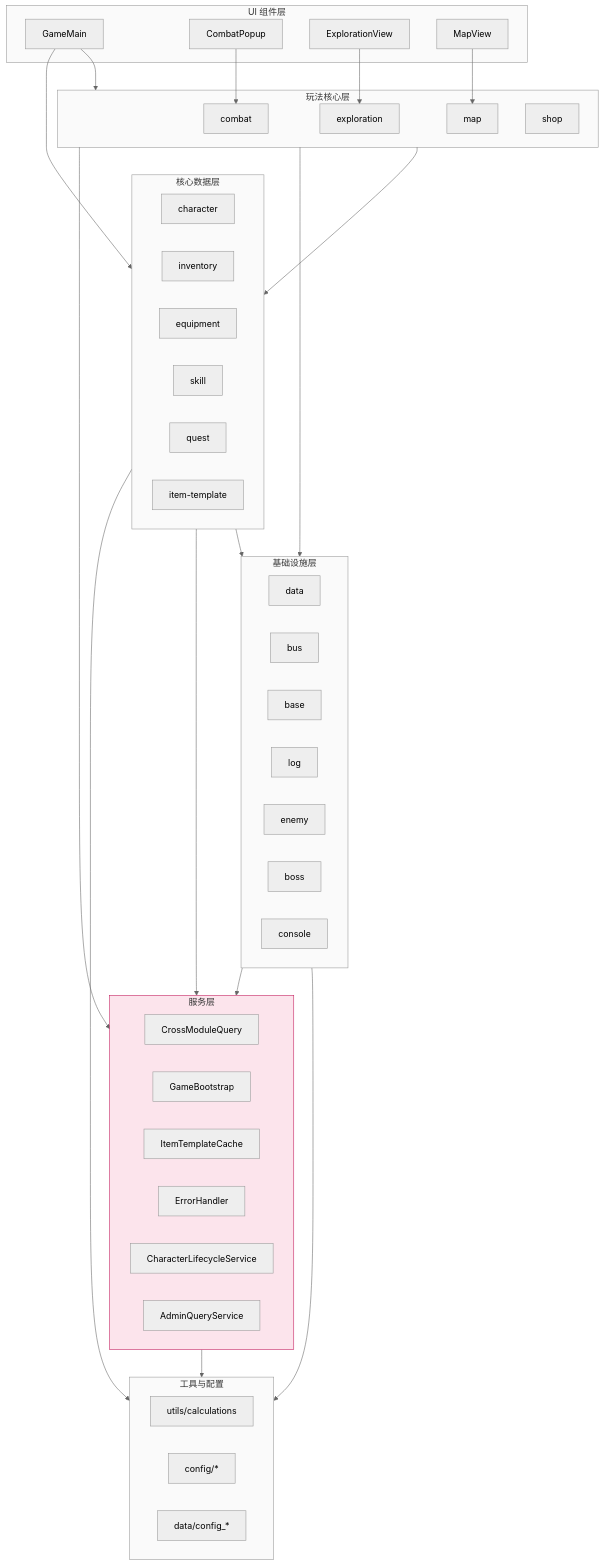
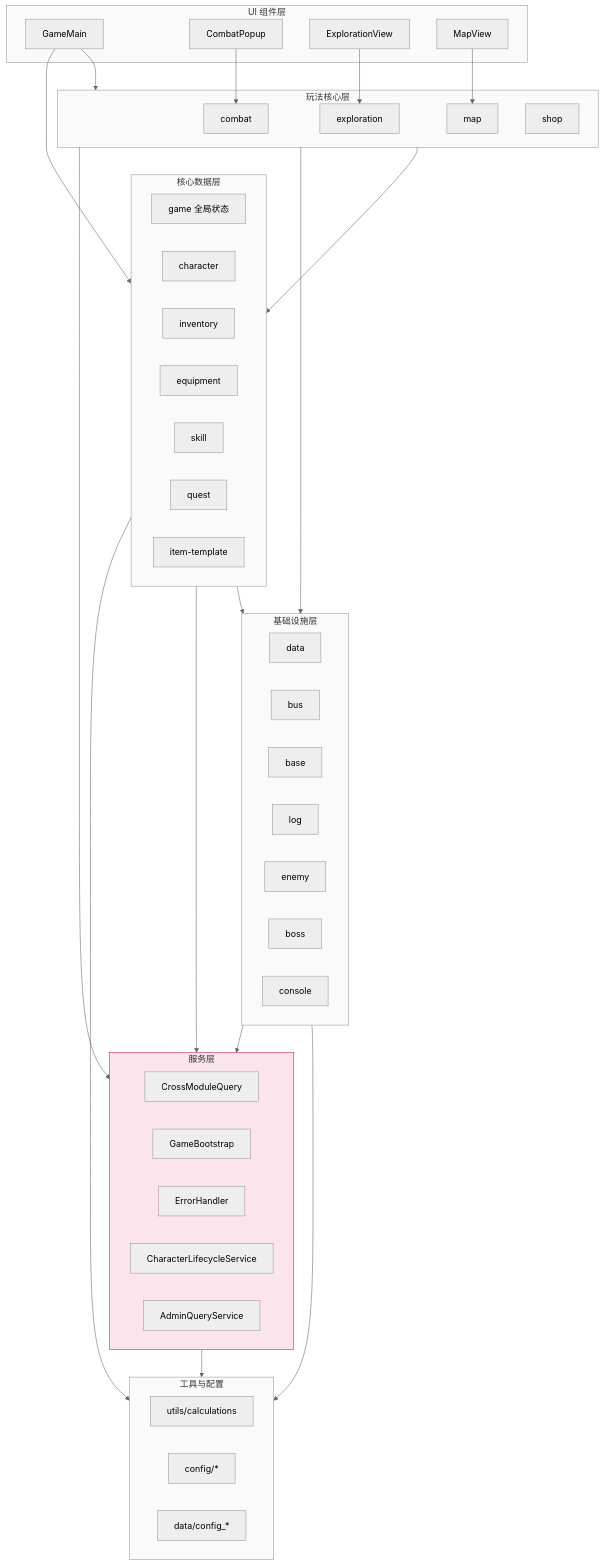
The second of 11 diagrams in doc/project/DEPENDENCY_GRAPH.md (SonDemigods/wow_dnd), drawn with Mermaid (neutral theme) before and after one commit. The commit also changed other lines of this file and 55 other files, not shown here.

````diff
--- a/doc/project/DEPENDENCY_GRAPH.md
+++ b/doc/project/DEPENDENCY_GRAPH.md
@@ -202,74 +214,74 @@
 ```mermaid
 graph TD
     subgraph L4[UI 组件层]
         GameMain
         CombatPopup
         ExplorationView
         MapView
     end
 
     subgraph L3[玩法核心层]
         combat
         exploration
         map
         shop
     end
 
     subgraph L2[核心数据层]
+        game[game 全局状态]
         character
         inventory
         equipment
         skill
         quest
         itemTemplate[item-template]
     end
 
     subgraph L1[基础设施层]
         data
         bus
         base
         log
         enemy
         boss
         console
     end
 
     subgraph S[服务层]
         crossModuleQuery[CrossModuleQuery]
         gameBootstrap[GameBootstrap]
-        itemTemplateCache[ItemTemplateCache]
         errorHandler[ErrorHandler]
         characterLifecycle[CharacterLifecycleService]
         adminQuery[AdminQueryService]
     end
 
     subgraph L0[工具与配置]
         calculations[utils/calculations]
         config[config/*]
         dataFiles[data/config_*]
     end
 
     GameMain --> L3
     GameMain --> L2
     CombatPopup --> combat
     ExplorationView --> exploration
     MapView --> map
 
     L3 --> L2
     L3 --> L1
     L3 --> S
 
     L2 --> L1
     L2 --> S
     L2 --> L0
 
     L1 --> L0
     L1 --> S
 
     S --> L0
 
     classDef layer fill:#fafafa,stroke:#999
     classDef serviceLayer fill:#fce4ec,stroke:#c2185b
     class L4,L3,L2,L1,L0 layer
     class S serviceLayer
 ```
````
